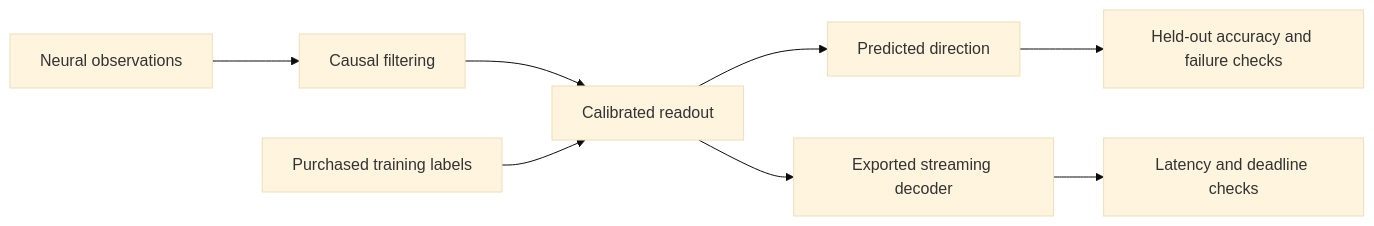
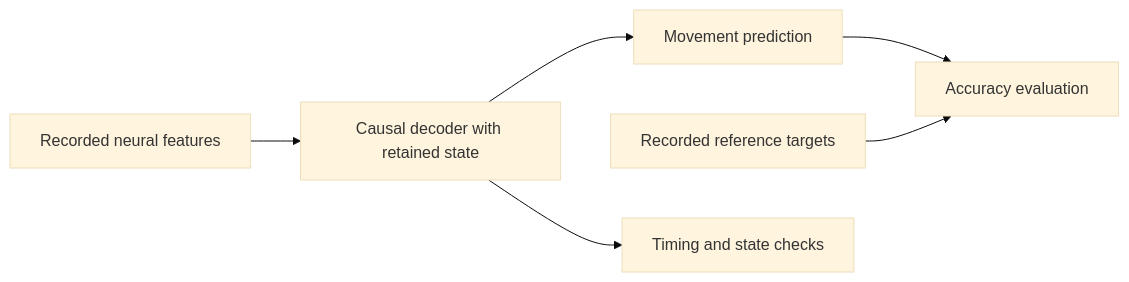
Before and after one commit to logannye/low-latency-neural-decoding: the diagram in README.md, drawn with Mermaid (base theme). The commit also changed other lines of this file, not shown here.

Commit message:
Explain neural decoding project for first-time readers

````diff
--- a/README.md
+++ b/README.md
@@ -20,10 +39,8 @@
 ```mermaid
 flowchart LR
-    A[Neural observations] --> B[Causal filtering]
-    B --> C[Calibrated readout]
-    C --> D[Predicted direction]
-    E[Purchased training labels] --> C
-    D --> F[Held-out accuracy and failure checks]
-    G[Exported streaming decoder] --> H[Latency and deadline checks]
-    C --> G
+    A[Recorded neural features] --> B[Causal decoder with retained state]
+    B --> C[Movement prediction]
+    C --> D[Accuracy evaluation]
+    E[Recorded reference targets] --> D
+    B --> F[Timing and state checks]
 ```
````
